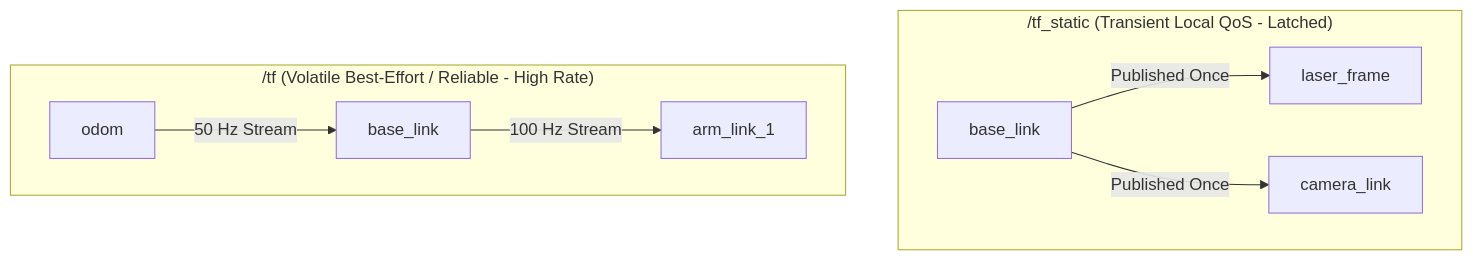
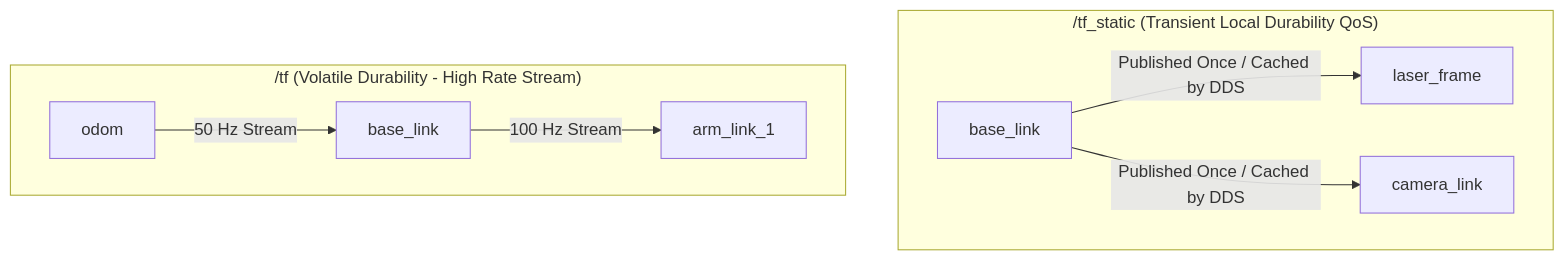
Before and after one commit to JosiahSK/robotics-kinematics-tf2: the diagram in 01-module-53-tf2-kinematics/02-static-and-dynamic-transforms.md, drawn with Mermaid. The commit also changed other lines of this file and 27 other files, not shown here.

````diff
--- a/01-module-53-tf2-kinematics/02-static-and-dynamic-transforms.md
+++ b/01-module-53-tf2-kinematics/02-static-and-dynamic-transforms.md
@@ -28,11 +28,11 @@
 ```mermaid
 graph TD
-    subgraph Static ["/tf_static (Transient Local QoS - Latched)"]
-        BL1["base_link"] -->|Published Once| L1["laser_frame"]
-        BL1 -->|Published Once| C1["camera_link"]
+    subgraph Static ["/tf_static (Transient Local Durability QoS)"]
+        BL1["base_link"] -->|Published Once / Cached by DDS| L1["laser_frame"]
+        BL1 -->|Published Once / Cached by DDS| C1["camera_link"]
     end
-    subgraph Dynamic ["/tf (Volatile Best-Effort / Reliable - High Rate)"]
+    subgraph Dynamic ["/tf (Volatile Durability - High Rate Stream)"]
         O["odom"] -->|50 Hz Stream| BL2["base_link"]
         BL2 -->|100 Hz Stream| J1["arm_link_1"]
     end
 ```
````
